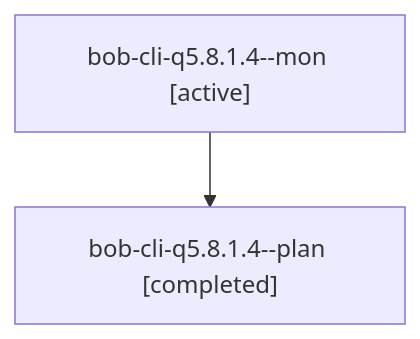
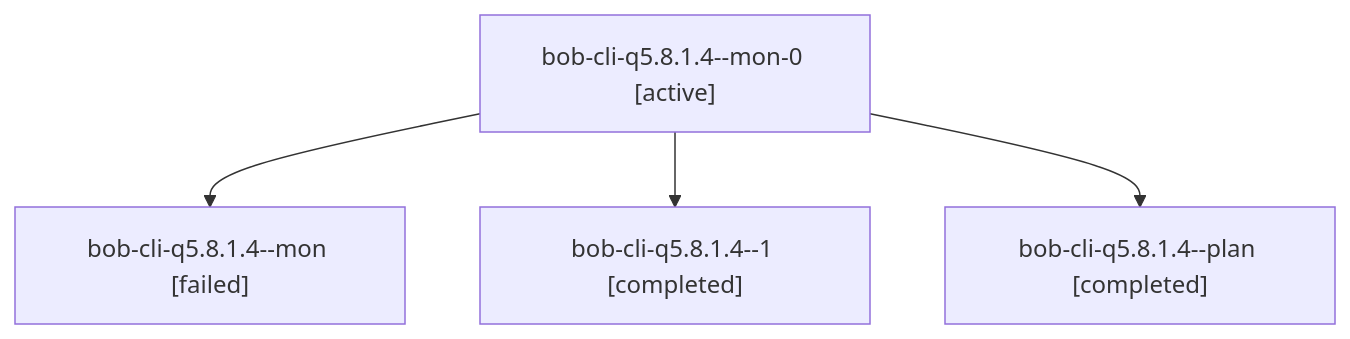
The diagram in sessions/bbugyi200.athena.bob-cli-q5.8.1.4.md (bobs-org/bob-cli--agents), drawn with Mermaid before and after one commit. The commit also changed other lines of this file and 183 other files, not shown here.

````diff
--- a/sessions/bbugyi200.athena.bob-cli-q5.8.1.4.md
+++ b/sessions/bbugyi200.athena.bob-cli-q5.8.1.4.md
@@ -9,6 +9,10 @@
 ```mermaid
 flowchart TD
-  n0["bob-cli-q5.8.1.4--mon [active]"]
-  n1["bob-cli-q5.8.1.4--plan [completed]"]
+  n0["bob-cli-q5.8.1.4--mon-0 [active]"]
+  n1["bob-cli-q5.8.1.4--mon [failed]"]
   n0 --> n1
+  n2["bob-cli-q5.8.1.4--1 [completed]"]
+  n0 --> n2
+  n3["bob-cli-q5.8.1.4--plan [completed]"]
+  n0 --> n3
 ```
````
